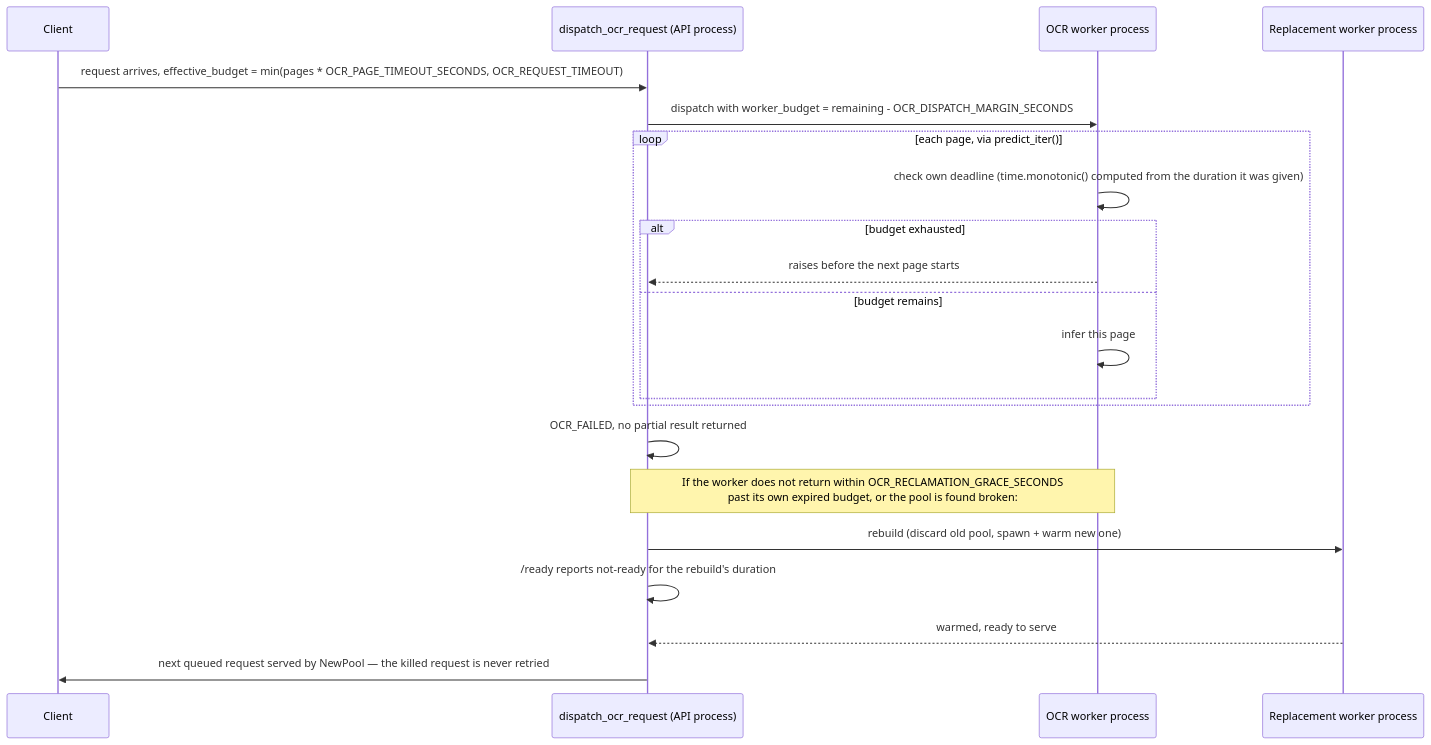
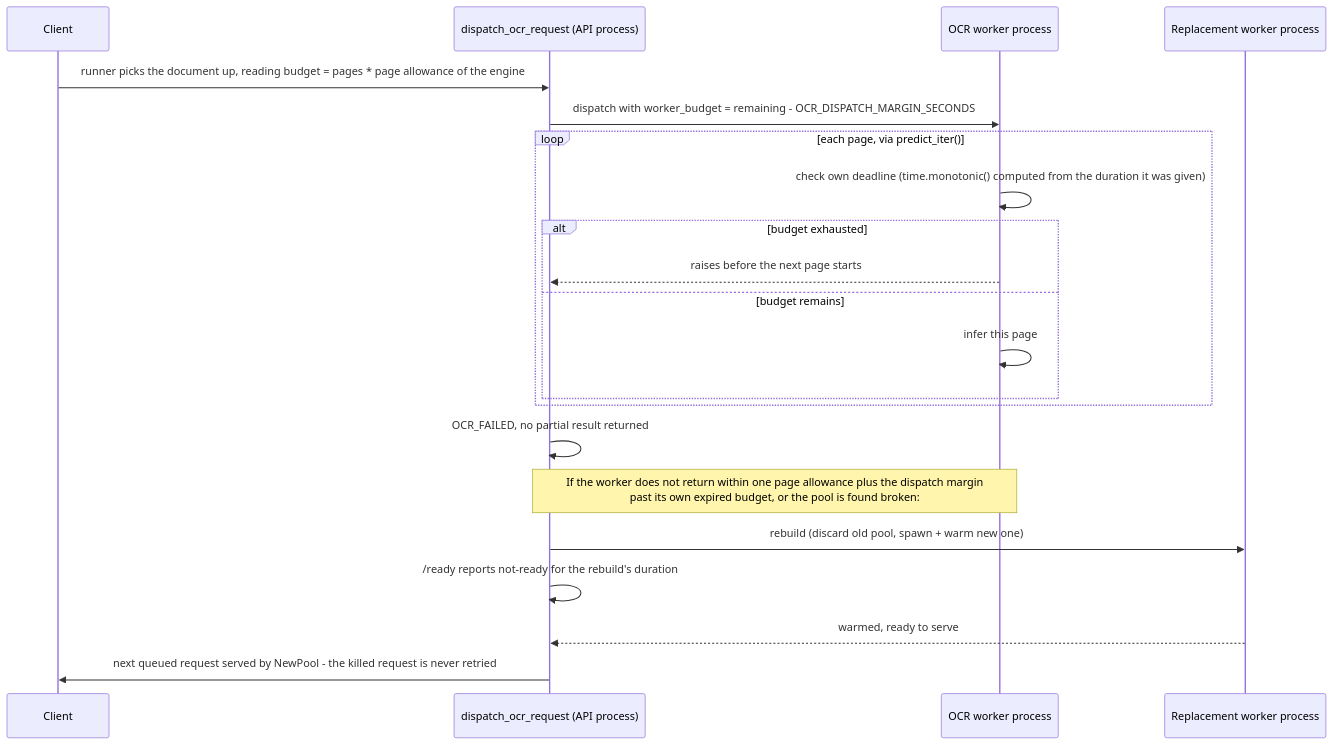
Before and after one commit to Lukk17/AscendAI: the third of 4 diagrams in apps/ascend-ocr/docs/architecture/arc42/06-runtime-view.md, drawn with Mermaid. The commit also changed other lines of this file and 1022 other files, not shown here.

````diff
--- a/apps/ascend-ocr/docs/architecture/arc42/06-runtime-view.md
+++ b/apps/ascend-ocr/docs/architecture/arc42/06-runtime-view.md
@@ -73,25 +118,25 @@
 ```mermaid
 sequenceDiagram
     participant Client
     participant Gate as dispatch_ocr_request (API process)
     participant Pool as OCR worker process
     participant NewPool as Replacement worker process
 
-    Client->>Gate: request arrives, effective_budget = min(pages * OCR_PAGE_TIMEOUT_SECONDS, OCR_REQUEST_TIMEOUT)
+    Client->>Gate: runner picks the document up, reading budget = pages * page allowance of the engine
     Gate->>Pool: dispatch with worker_budget = remaining - OCR_DISPATCH_MARGIN_SECONDS
     loop each page, via predict_iter()
         Pool->>Pool: check own deadline (time.monotonic() computed from the duration it was given)
         alt budget exhausted
             Pool-->>Gate: raises before the next page starts
         else budget remains
             Pool->>Pool: infer this page
         end
     end
     Gate->>Gate: OCR_FAILED, no partial result returned
 
-    Note over Gate,Pool: If the worker does not return within OCR_RECLAMATION_GRACE_SECONDS<br/>past its own expired budget, or the pool is found broken:
+    Note over Gate,Pool: If the worker does not return within one page allowance plus the dispatch margin<br/>past its own expired budget, or the pool is found broken:
     Gate->>NewPool: rebuild (discard old pool, spawn + warm new one)
     Gate->>Gate: /ready reports not-ready for the rebuild's duration
     NewPool-->>Gate: warmed, ready to serve
-    Gate->>Client: next queued request served by NewPool — the killed request is never retried
+    Gate->>Client: next queued request served by NewPool - the killed request is never retried
 ```
````
